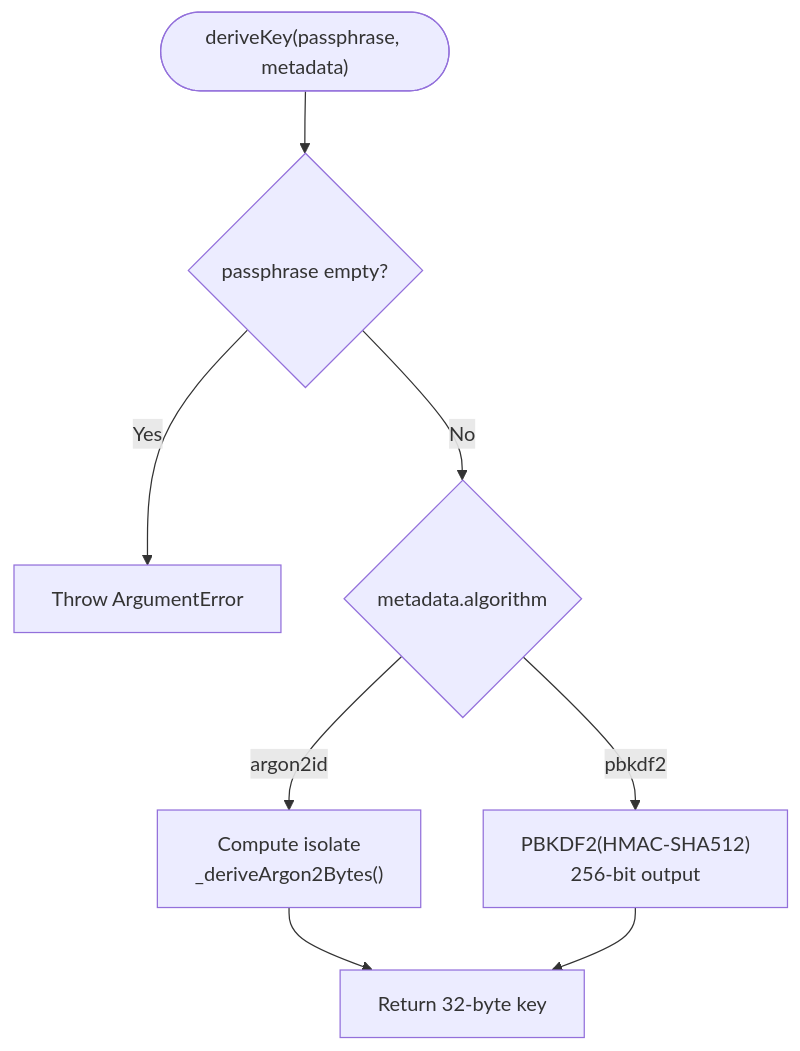
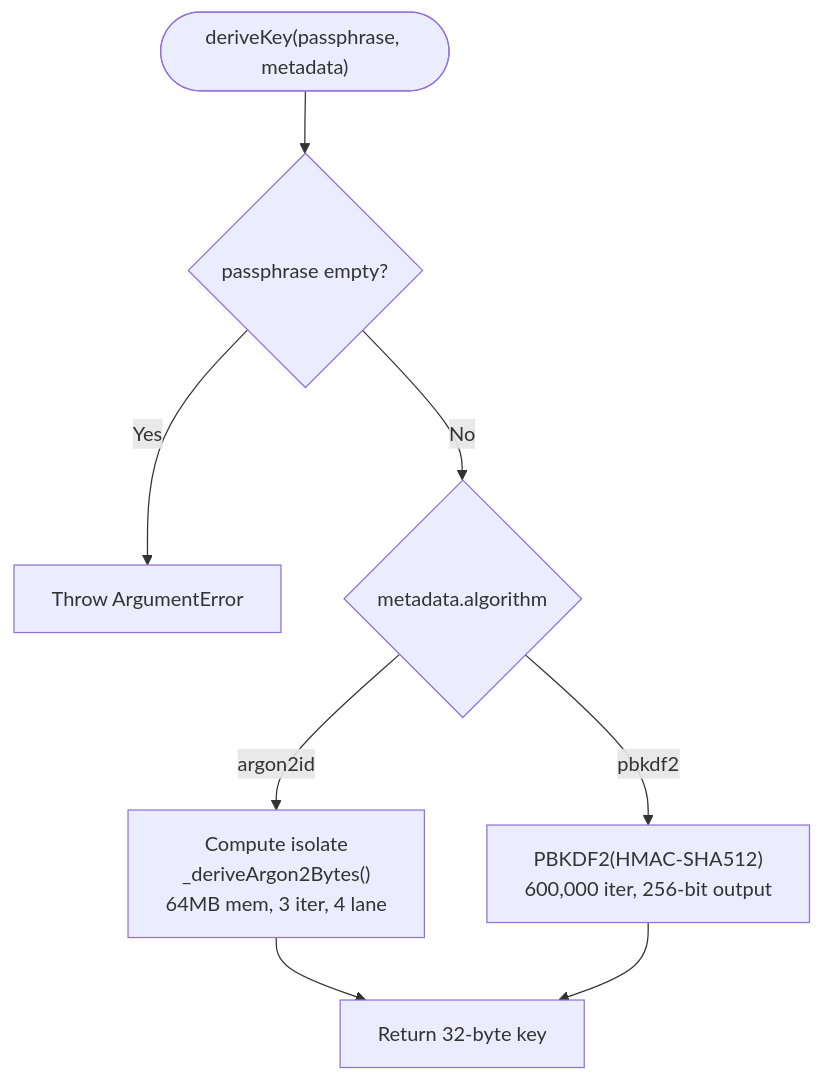
Before and after one commit to JAaron93/StyleSync: the fourth of 9 diagrams in .qoder/repowiki/en/content/Core Services/Crypto Services/Crypto Services.md, drawn with Mermaid. The commit also changed other lines of this file and 36 other files, not shown here.

````diff
--- a/.qoder/repowiki/en/content/Core Services/Crypto Services/Crypto Services.md
+++ b/.qoder/repowiki/en/content/Core Services/Crypto Services/Crypto Services.md
@@ -180,10 +192,10 @@
 ```mermaid
 flowchart TD
 Start(["deriveKey(passphrase, metadata)"]) --> CheckEmpty{"passphrase empty?"}
 CheckEmpty --> |Yes| ThrowErr["Throw ArgumentError"]
 CheckEmpty --> |No| SwitchAlgo{"metadata.algorithm"}
-SwitchAlgo --> |argon2id| Argon["Compute isolate<br/>_deriveArgon2Bytes()"]
-SwitchAlgo --> |pbkdf2| Pbkdf2["PBKDF2(HMAC-SHA512)<br/>256-bit output"]
+SwitchAlgo --> |argon2id| Argon["Compute isolate<br/>_deriveArgon2Bytes()<br/>64MB mem, 3 iter, 4 lane"]
+SwitchAlgo --> |pbkdf2| Pbkdf2["PBKDF2(HMAC-SHA512)<br/>600,000 iter, 256-bit output"]
 Argon --> ReturnKey["Return 32-byte key"]
 Pbkdf2 --> ReturnKey
 ```
````
